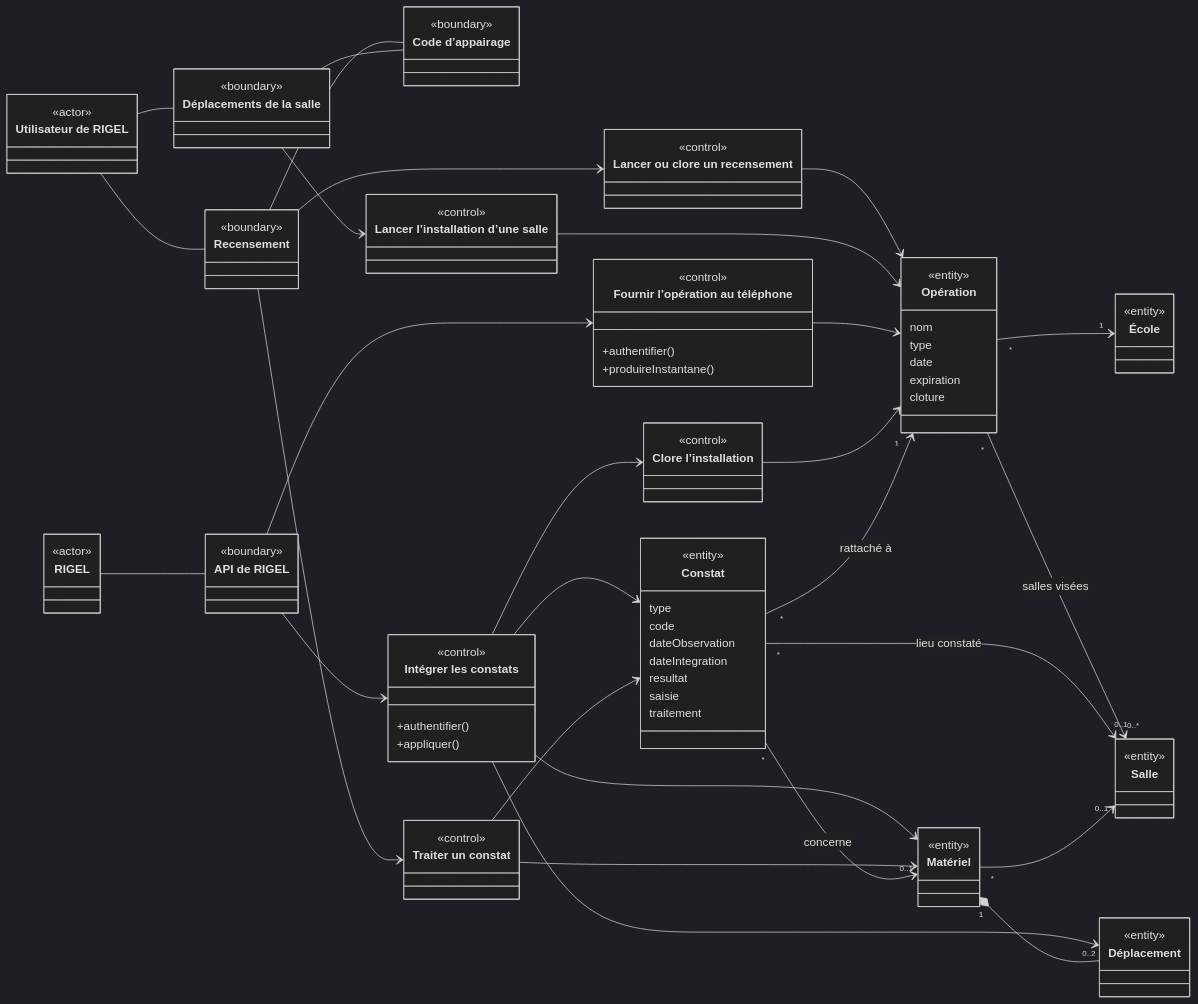
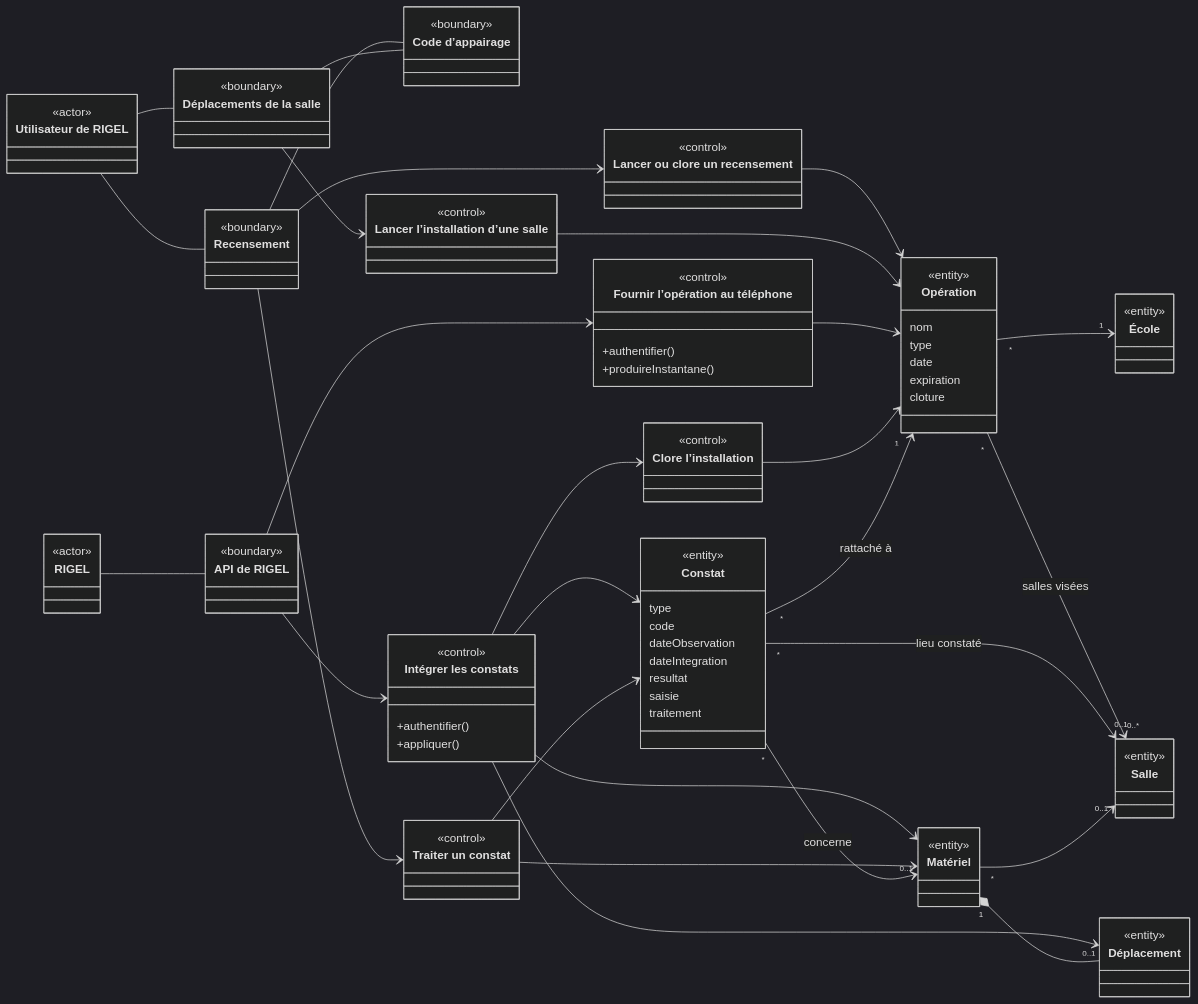
The fifth of 5 diagrams in docs/02-ANALYSE/03-ANALYSE/02-DIAGRAMME-CLASSES-ANALYSE.md (bpierrelouis/aster), drawn with Mermaid (dark theme) before and after one commit. The commit also changed other lines of this file and 20 other files, not shown here.

Commit message:
docs(diagrammes): corriger la notation et les multiplicités des diagrammes UML

````diff
--- a/docs/02-ANALYSE/03-ANALYSE/02-DIAGRAMME-CLASSES-ANALYSE.md
+++ b/docs/02-ANALYSE/03-ANALYSE/02-DIAGRAMME-CLASSES-ANALYSE.md
@@ -566,6 +566,6 @@
     Constat "*" --> "1" Operation : rattaché à
     Constat "*" --> "0..1" Materiel : concerne
     Constat "*" --> "0..1" Salle : lieu constaté
-    Materiel "1" *-- "0..2" Deplacement
+    Materiel "1" *-- "0..1" Deplacement
     Materiel "*" --> "0..1" Salle
 ```
````
